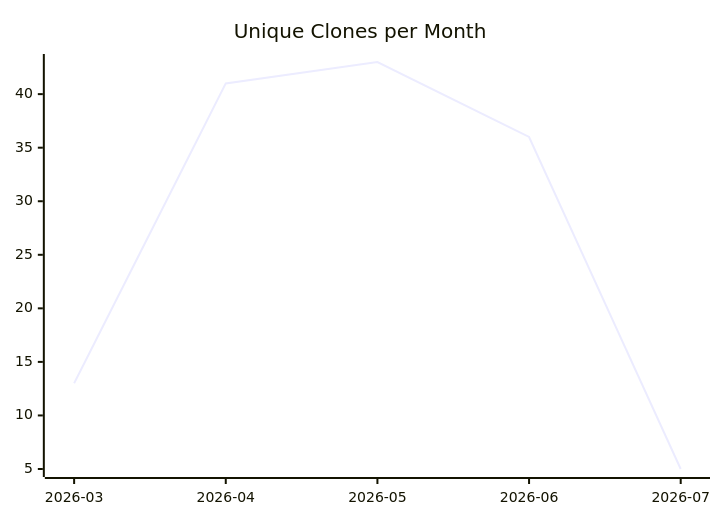
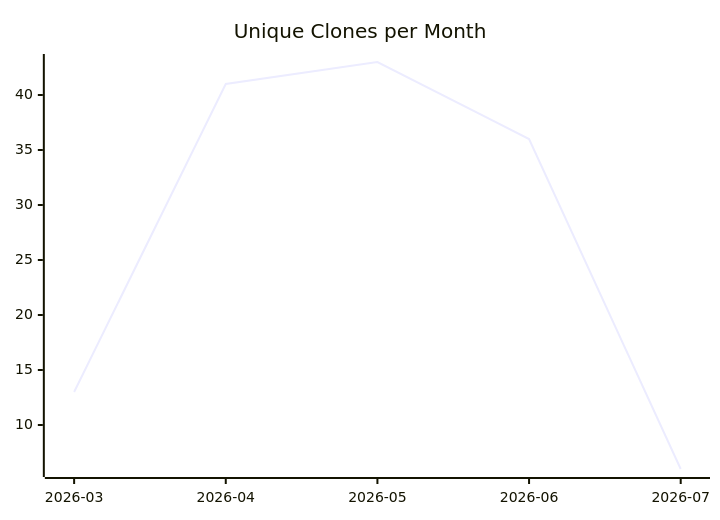
The third of 3 diagrams in karlmdavis/usgs-water-api-java/README.md (justdavis-family/github-analytics-data), drawn with Mermaid before and after one commit. The commit also changed other lines of this file and 185 other files, not shown here.

````diff
--- a/karlmdavis/usgs-water-api-java/README.md
+++ b/karlmdavis/usgs-water-api-java/README.md
@@ -19,6 +19,6 @@
 ```mermaid
 xychart-beta
   title "Unique Clones per Month"
   x-axis ["2026-03", "2026-04", "2026-05", "2026-06", "2026-07"]
-  line [13, 41, 43, 36, 5]
+  line [13, 41, 43, 36, 6]
 ```
````
